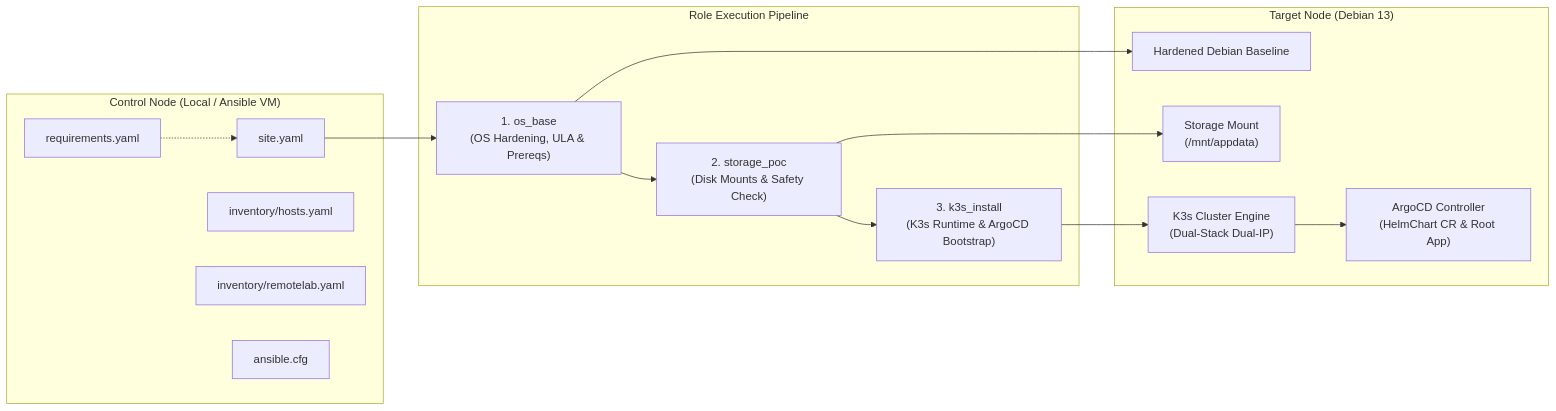
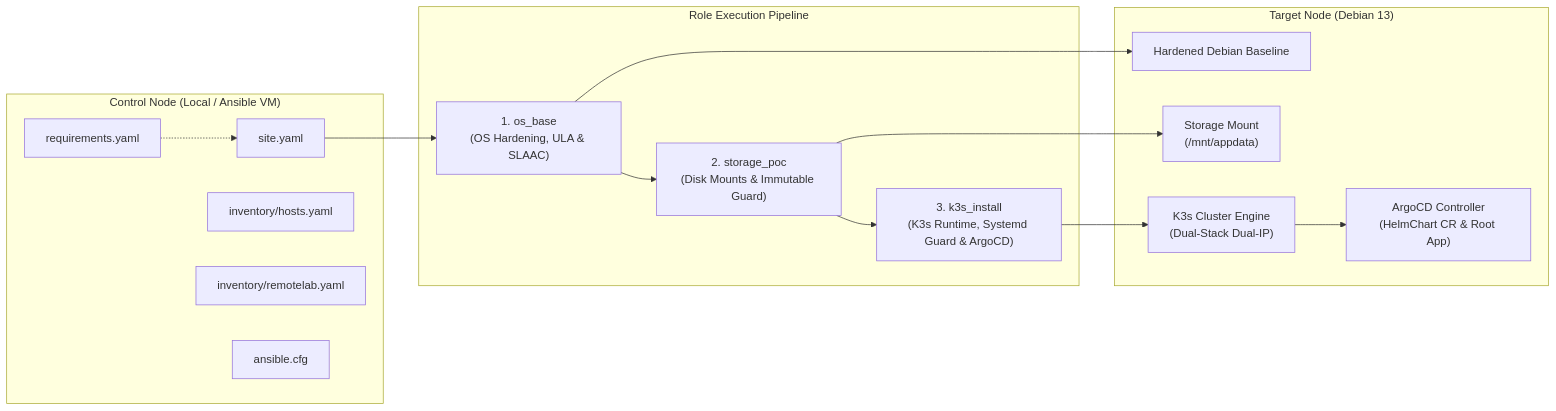
Before and after one commit to atrisko/k3s-homelab-migration: the diagram in docs/ansible.md, drawn with Mermaid. The commit also changed other lines of this file and 3 other files, not shown here.

Commit message:
feat(os_base): detect network framework via active systemd service (Review 2 R2-5)

````diff
--- a/docs/ansible.md
+++ b/docs/ansible.md
@@ -11,30 +11,30 @@
 ```mermaid
 flowchart LR
     subgraph ControlNode ["Control Node (Local / Ansible VM)"]
         Req["requirements.yaml"]
         Site["site.yaml"]
         InvAWS["inventory/hosts.yaml"]
         InvLab["inventory/remotelab.yaml"]
         Cfg["ansible.cfg"]
     end
 
     subgraph Pipeline ["Role Execution Pipeline"]
-        R1["1. os_base<br/>(OS Hardening, ULA & Prereqs)"]
-        R2["2. storage_poc<br/>(Disk Mounts & Safety Check)"]
-        R3["3. k3s_install<br/>(K3s Runtime & ArgoCD Bootstrap)"]
+        R1["1. os_base<br/>(OS Hardening, ULA & SLAAC)"]
+        R2["2. storage_poc<br/>(Disk Mounts & Immutable Guard)"]
+        R3["3. k3s_install<br/>(K3s Runtime, Systemd Guard & ArgoCD)"]
     end
 
     subgraph TargetNode ["Target Node (Debian 13)"]
         Base["Hardened Debian Baseline"]
         DataVol["Storage Mount<br/>(/mnt/appdata)"]
         K3s["K3s Cluster Engine<br/>(Dual-Stack Dual-IP)"]
         Argo["ArgoCD Controller<br/>(HelmChart CR & Root App)"]
     end
 
     Req -.-> Site
     Site --> R1 --> R2 --> R3
     R1 --> Base
     R2 --> DataVol
     R3 --> K3s
     K3s --> Argo
 ```
````
